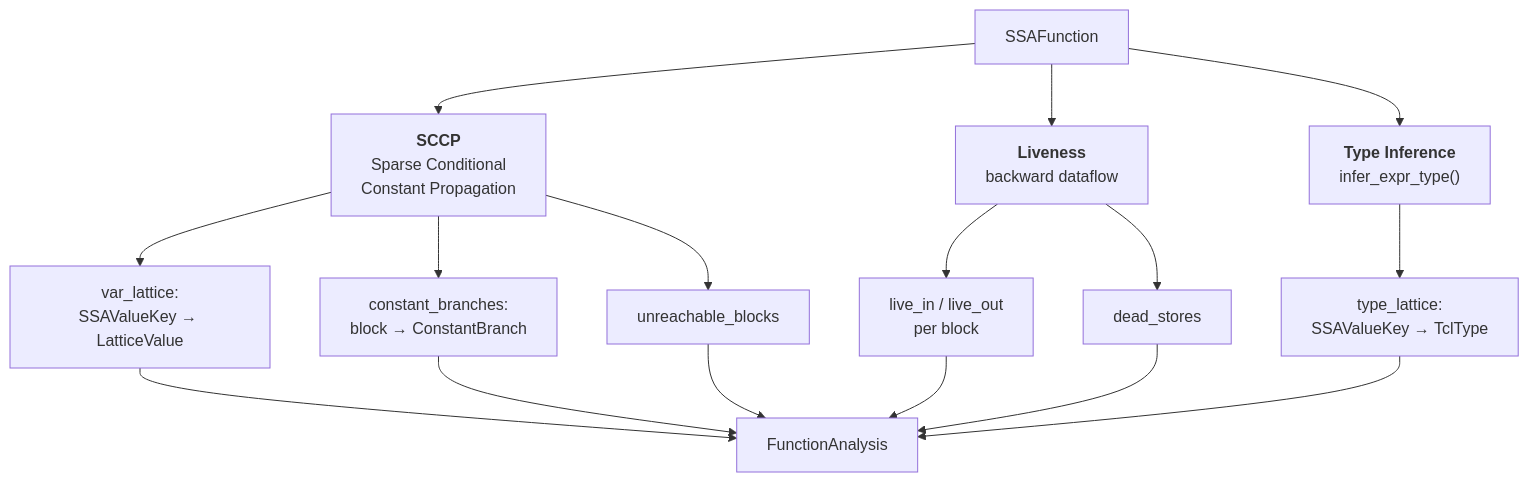
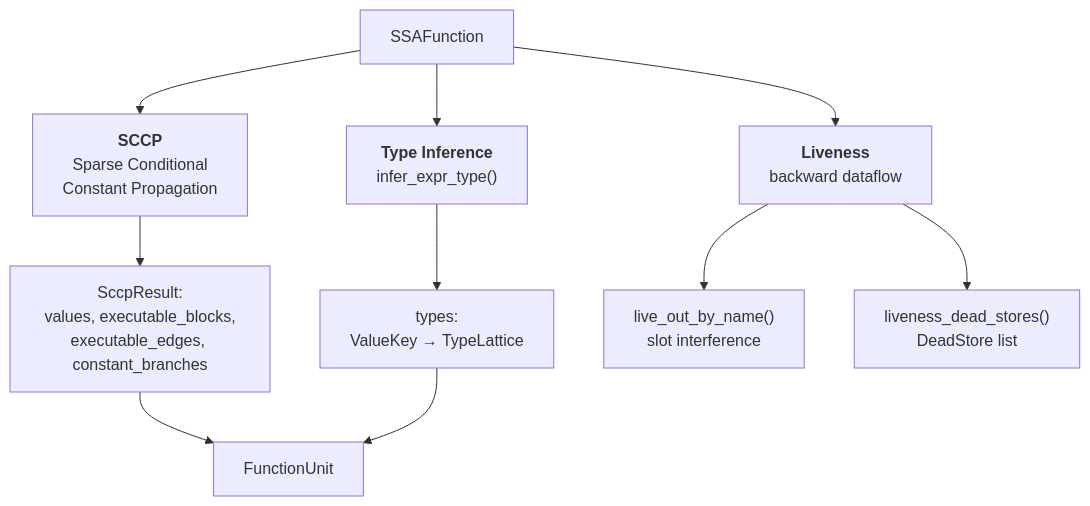
Before and after one commit to bitwisecook/tcl-lsp: diagram 12 of 20 in docs/design/compiler-architecture.md, drawn with Mermaid. The commit also changed other lines of this file and 5 other files, not shown here.

````diff
--- a/docs/design/compiler-architecture.md
+++ b/docs/design/compiler-architecture.md
@@ -462,20 +544,15 @@
 ```mermaid
 flowchart TD
     SSA["SSAFunction"] --> SCCP["<b>SCCP</b><br/>Sparse Conditional<br/>Constant Propagation"]
     SSA --> LIVE["<b>Liveness</b><br/>backward dataflow"]
     SSA --> TYPE["<b>Type Inference</b><br/>infer_expr_type()"]
 
-    SCCP --> VL["var_lattice:<br/>SSAValueKey → LatticeValue"]
-    SCCP --> CB["constant_branches:<br/>block → ConstantBranch"]
-    SCCP --> UB["unreachable_blocks"]
-    LIVE --> LI["live_in / live_out<br/>per block"]
-    LIVE --> DS["dead_stores"]
-    TYPE --> TL["type_lattice:<br/>SSAValueKey → TclType"]
+    SCCP --> SR["SccpResult:<br/>values, executable_blocks,<br/>executable_edges, constant_branches"]
+    TYPE --> TL["types:<br/>ValueKey → TypeLattice"]
 
-    VL --> FA["FunctionAnalysis"]
-    CB --> FA
-    UB --> FA
-    LI --> FA
-    DS --> FA
-    TL --> FA
+    SR --> FU["FunctionUnit"]
+    TL --> FU
+
+    LIVE --> LO["live_out_by_name()<br/>slot interference"]
+    LIVE --> DS["liveness_dead_stores()<br/>DeadStore list"]
 ```
````
